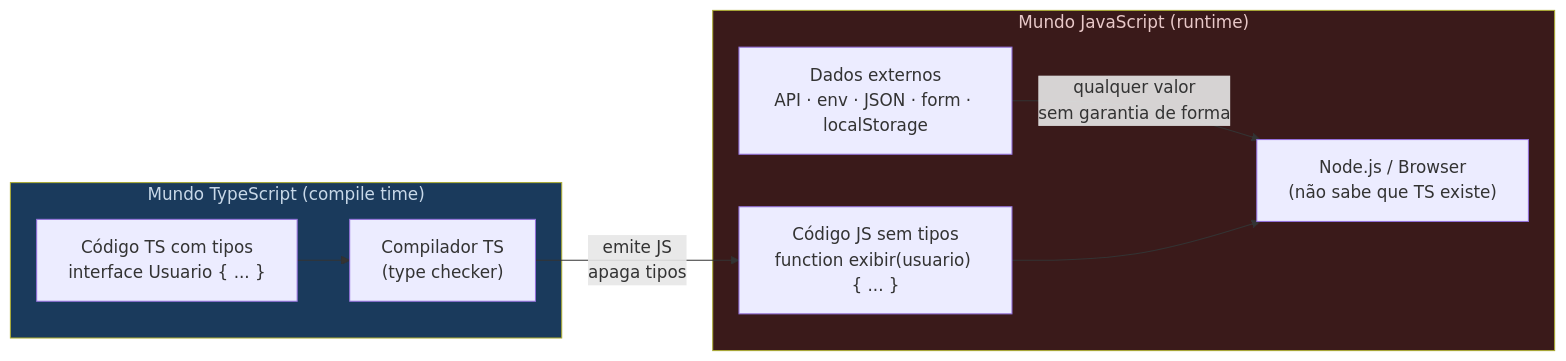
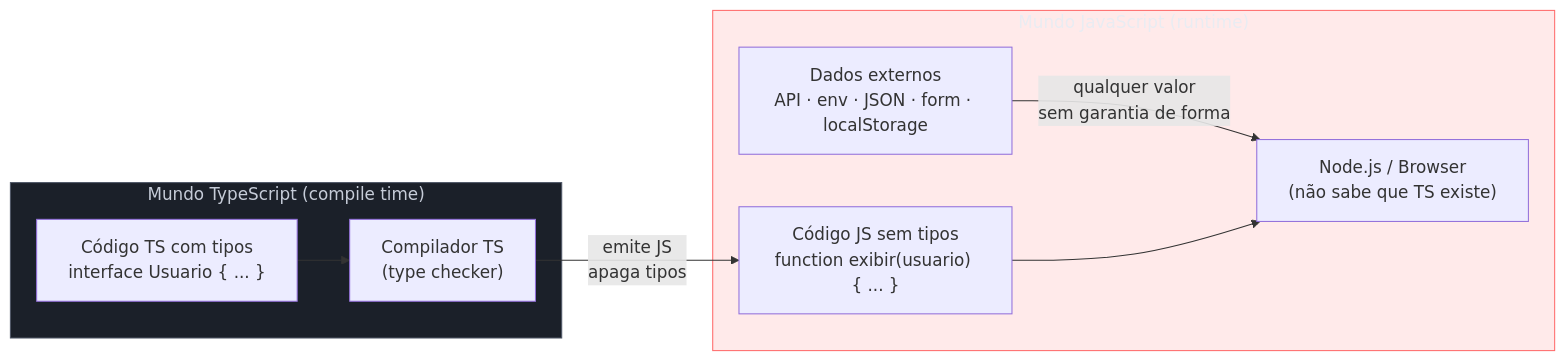
One commit to josenaldo/codex-technomanticus changed the first of 6 diagrams in 03-Dominios/Tecnologia/TypeScript/23 - A fronteira type↔runtime - parse, don't validate.md. Above: the diagram before and after it, drawn with Mermaid. The commit also changed other lines of this file and 1181 other files, not shown here.

First line of the commit message:
fix(diagramas): paleta do sistema no lugar de cor cravada no markdown

````diff
--- a/03-Dominios/Tecnologia/TypeScript/23 - A fronteira type↔runtime - parse, don't validate.md
+++ b/03-Dominios/Tecnologia/TypeScript/23 - A fronteira type↔runtime - parse, don't validate.md
@@ -79,21 +79,23 @@
 ```mermaid
 flowchart LR
+    classDef neutro fill:#1B2029,stroke:#4E5666,color:#C6CCD8
+    classDef falha fill:#FF6B6B24,stroke:#FF6B6B,color:#E9ECF2
     subgraph Compilação["Mundo TypeScript (compile time)"]
         TSCode["Código TS com tipos\ninterface Usuario { ... }"]
         Compiler["Compilador TS\n(type checker)"]
         TSCode --> Compiler
     end
 
     subgraph Execução["Mundo JavaScript (runtime)"]
         JSCode["Código JS sem tipos\nfunction exibir(usuario) { ... }"]
         External["Dados externos\nAPI · env · JSON · form · localStorage"]
         Runtime["Node.js / Browser\n(não sabe que TS existe)"]
         External -->|"qualquer valor\nsem garantia de forma"| Runtime
         JSCode --> Runtime
     end
 
     Compiler -->|"emite JS\napaga tipos"| JSCode
 
-    style Compilação fill:#1a3a5c,color:#c8d8e8
-    style Execução fill:#3a1a1a,color:#e8c8c8
+    class Compilação neutro
+    class Execução falha
 ```
````
